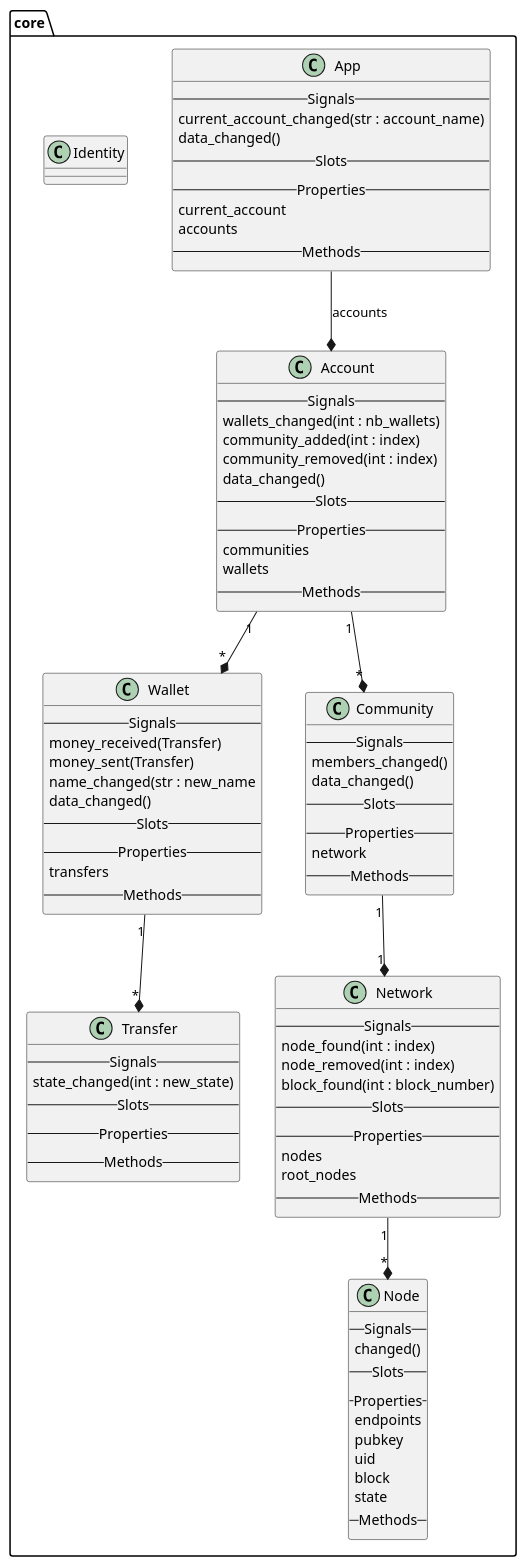
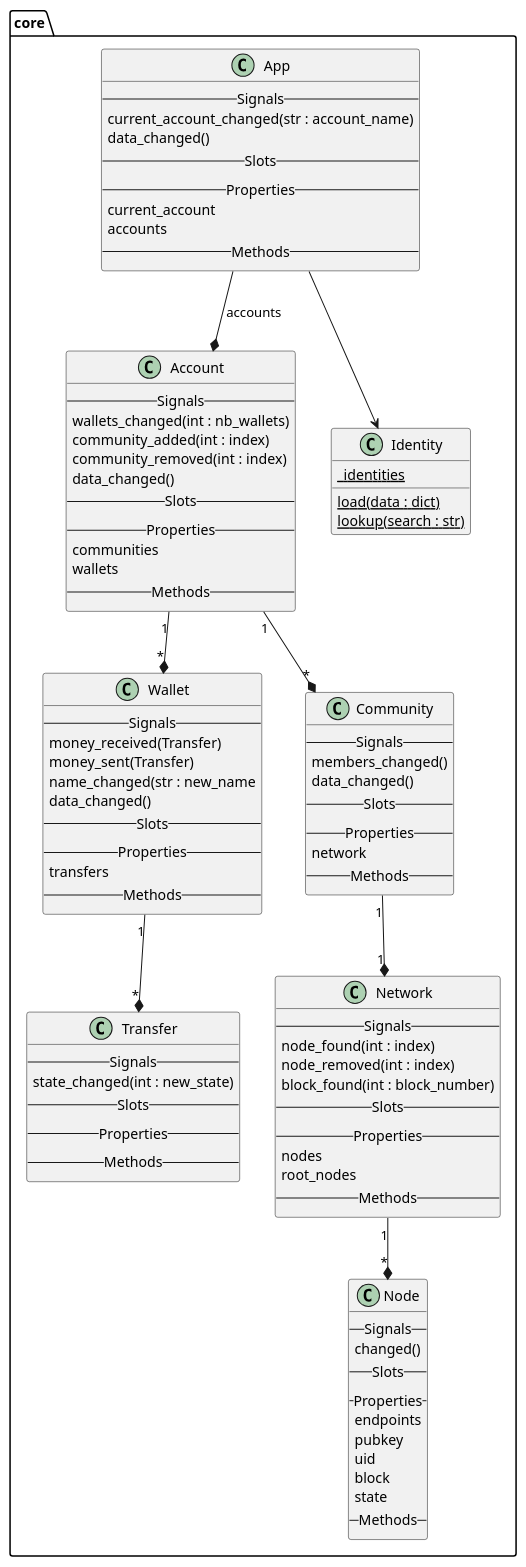
One commit to duniter/sakia changed the diagram in doc/uml/core-classes.pu. Above: the diagram before and after it, drawn with PlantUML. The commit also changed 4 other files, not shown here.

Commit message:
Working on UML

```diff
--- a/doc/uml/core-classes.pu
+++ b/doc/uml/core-classes.pu
@@ -1,94 +1,100 @@
 @startuml
 
 package core {
 	class App {
 	-- Signals --
 	current_account_changed(str : account_name)
 	data_changed()
 	-- Slots --
 	-- Properties --
 	current_account
 	accounts
 	-- Methods --
 	}
 	App --* Account : accounts
 
 	class Account {
 	-- Signals --
 	wallets_changed(int : nb_wallets)
 	community_added(int : index)
 	community_removed(int : index)
 	data_changed()
 	-- Slots --
 	-- Properties --
 	communities
 	wallets
 	-- Methods --
 	}
 	Account "1" --* "*" Wallet
 	Account "1" --* "*" Community
 
 	class Wallet {
 		-- Signals --
 	money_received(Transfer)
 	money_sent(Transfer)
 	name_changed(str : new_name
 	data_changed()
 	-- Slots --
 	-- Properties --
 	transfers
 	-- Methods --
 	}
 	Wallet "1" --* "*" Transfer
 
 	class Transfer {
 	-- Signals --
 	state_changed(int : new_state)
 	-- Slots --
 	-- Properties --
 	-- Methods --
 	}
 
 	class Community {
 	-- Signals --
 	members_changed()
 	data_changed()
 	-- Slots --
 	-- Properties --
 	network
 	-- Methods --
 	}
 	Community "1" --* "1" Network
 
 	class Network {
 	-- Signals --
 	node_found(int : index)
 	node_removed(int : index)
 	block_found(int : block_number)
 	-- Slots --
 	-- Properties --
 	nodes
 	root_nodes
 	-- Methods --
 	}
 	Network "1" --* "*" Node
 
 	class Node {
 	-- Signals --
 	changed()
 	-- Slots --
 	-- Properties --
 	endpoints
 	pubkey
 	uid
 	block
 	state
 	-- Methods --
 	}
 
-	class Identity
+	App --> Identity
+	class Identity {
+		{static} _identities
+		{static} load(data : dict)
+		{static} lookup(search : str)
+	}
+
 }
 
 
 
 @enduml
```
